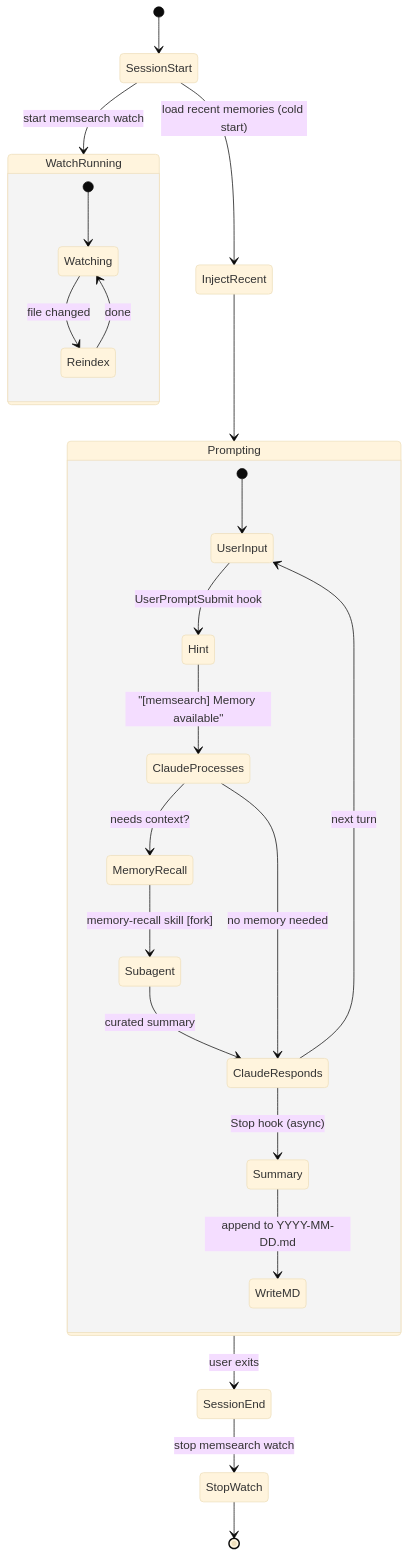
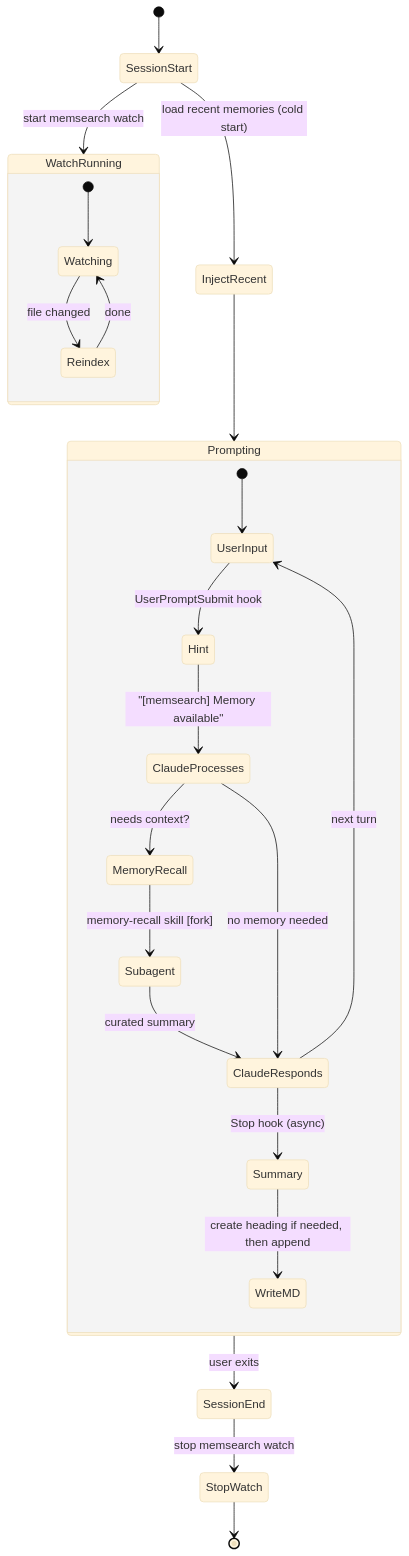
One commit to zilliztech/memsearch changed the second of 3 diagrams in docs/platforms/claude-code/how-it-works.md. Above: the diagram before and after it, drawn with Mermaid (base theme). The commit also changed other lines of this file and 5 other files, not shown here.

````diff
--- a/docs/platforms/claude-code/how-it-works.md
+++ b/docs/platforms/claude-code/how-it-works.md
@@ -57,31 +57,31 @@
 ```mermaid
 stateDiagram-v2
     [*] --> SessionStart
     SessionStart --> WatchRunning: start memsearch watch
     SessionStart --> InjectRecent: load recent memories (cold start)
 
     state WatchRunning {
         [*] --> Watching
         Watching --> Reindex: file changed
         Reindex --> Watching: done
     }
 
     InjectRecent --> Prompting
 
     state Prompting {
         [*] --> UserInput
         UserInput --> Hint: UserPromptSubmit hook
         Hint --> ClaudeProcesses: "[memsearch] Memory available"
         ClaudeProcesses --> MemoryRecall: needs context?
         MemoryRecall --> Subagent: memory-recall skill [fork]
         Subagent --> ClaudeResponds: curated summary
         ClaudeProcesses --> ClaudeResponds: no memory needed
         ClaudeResponds --> UserInput: next turn
         ClaudeResponds --> Summary: Stop hook (async)
-        Summary --> WriteMD: append to YYYY-MM-DD.md
+        Summary --> WriteMD: create heading if needed, then append
     }
 
     Prompting --> SessionEnd: user exits
     SessionEnd --> StopWatch: stop memsearch watch
     StopWatch --> [*]
 ```
````
